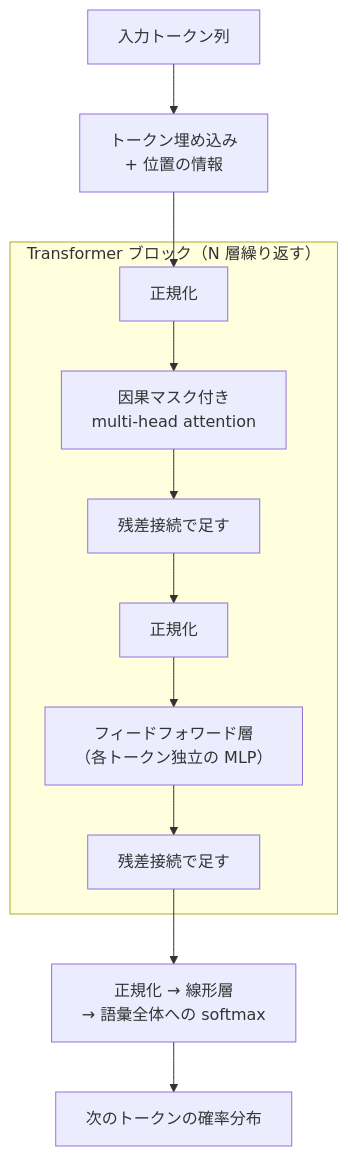
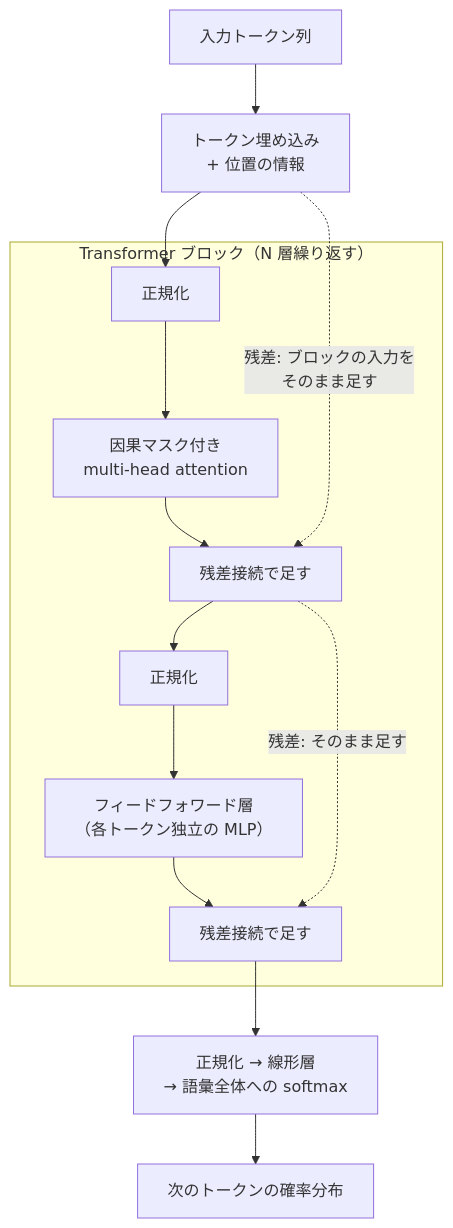
One commit to raku1chi/study-cs changed the first of 2 diagrams in 12-data-and-ai/03-deep-learning/README.md. Above: the diagram before and after it, drawn with Mermaid. The commit also changed other lines of this file and 14 other files, not shown here.

````diff
--- a/12-data-and-ai/03-deep-learning/README.md
+++ b/12-data-and-ai/03-deep-learning/README.md
@@ -256,14 +256,16 @@
 ```mermaid
 flowchart TB
   In["入力トークン列"] --> Emb["トークン埋め込み<br>+ 位置の情報"]
   Emb --> B1["正規化"]
   subgraph Block["Transformer ブロック（N 層繰り返す）"]
     B1 --> Att["因果マスク付き<br>multi-head attention"]
     Att --> Add1["残差接続で足す"]
     Add1 --> B2["正規化"]
     B2 --> FFN["フィードフォワード層<br>（各トークン独立の MLP）"]
     FFN --> Add2["残差接続で足す"]
+    Add1 -.->|"残差: そのまま足す"| Add2
   end
+  Emb -.->|"残差: ブロックの入力を<br>そのまま足す"| Add1
   Add2 --> Out["正規化 → 線形層<br>→ 語彙全体への softmax"]
   Out --> Next["次のトークンの確率分布"]
 ```
````
